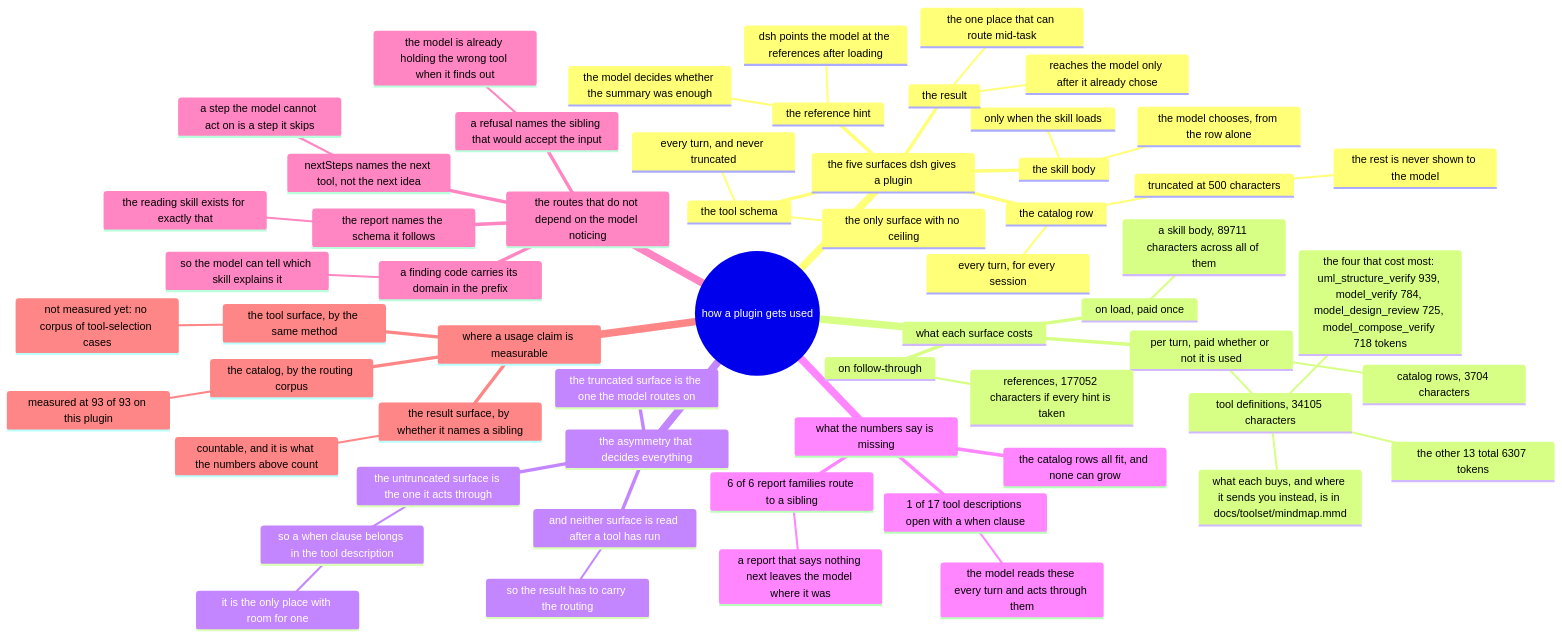
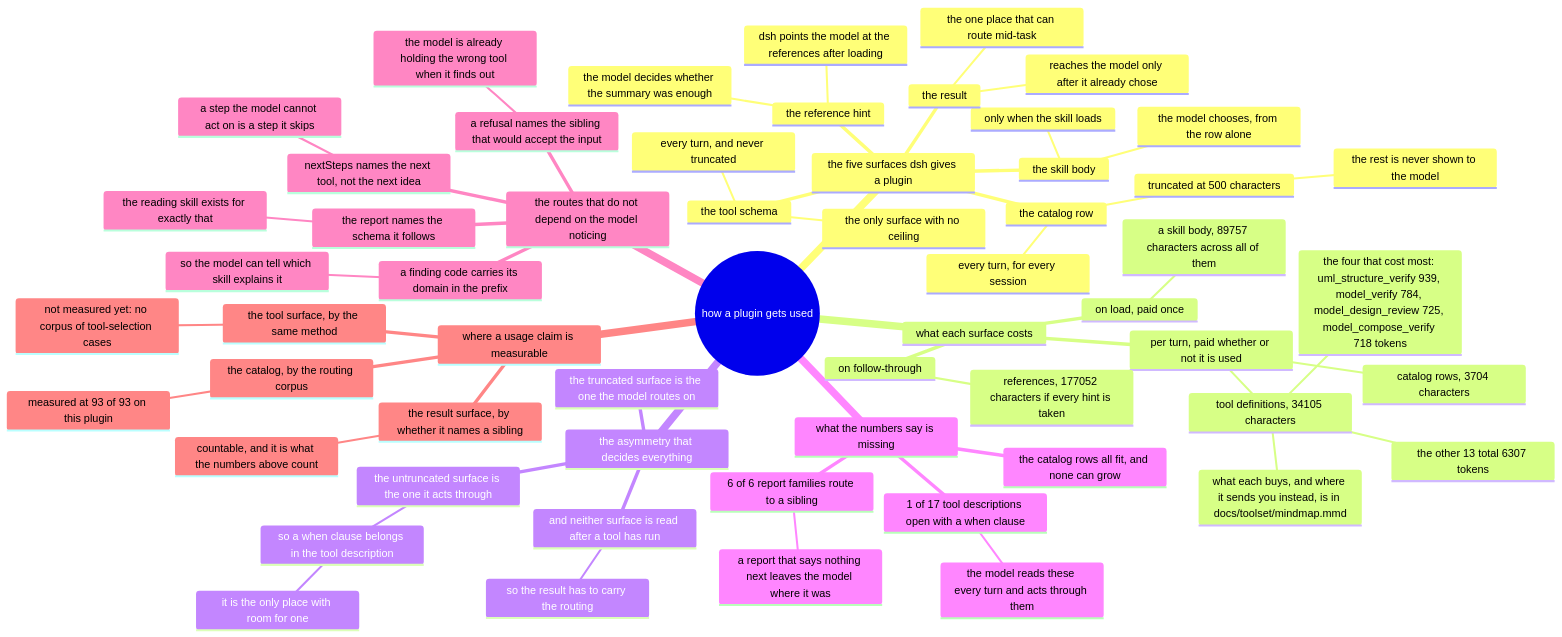
One commit to AmethystLuna/dsh-model-everything changed the diagram in docs/usage/mindmap.mmd. Above: the diagram before and after it, drawn with Mermaid. The commit also changed 17 other files, not shown here.

```diff
--- a/docs/usage/mindmap.mmd
+++ b/docs/usage/mindmap.mmd
@@ -1,59 +1,59 @@
 mindmap
 root((how a plugin gets used))
   the five surfaces dsh gives a plugin
     the catalog row
       every turn, for every session
       truncated at 500 characters
         the rest is never shown to the model
     the skill body
       only when the skill loads
       the model chooses, from the row alone
     the reference hint
       dsh points the model at the references after loading
       the model decides whether the summary was enough
     the tool schema
       every turn, and never truncated
       the only surface with no ceiling
     the result
       reaches the model only after it already chose
       the one place that can route mid-task
   what each surface costs
     per turn, paid whether or not it is used
       catalog rows, 3704 characters
       tool definitions, 34105 characters
         the four that cost most: uml_structure_verify 939, model_verify 784, model_design_review 725, model_compose_verify 718 tokens
         the other 13 total 6307 tokens
         what each buys, and where it sends you instead, is in docs/toolset/mindmap.mmd
     on load, paid once
-      a skill body, 89711 characters across all of them
+      a skill body, 89757 characters across all of them
     on follow-through
       references, 177052 characters if every hint is taken
   the asymmetry that decides everything
     the truncated surface is the one the model routes on
     the untruncated surface is the one it acts through
       so a when clause belongs in the tool description
         it is the only place with room for one
     and neither surface is read after a tool has run
       so the result has to carry the routing
   what the numbers say is missing
     1 of 17 tool descriptions open with a when clause
       the model reads these every turn and acts through them
     6 of 6 report families route to a sibling
       a report that says nothing next leaves the model where it was
     the catalog rows all fit, and none can grow
   the routes that do not depend on the model noticing
     a refusal names the sibling that would accept the input
       the model is already holding the wrong tool when it finds out
     nextSteps names the next tool, not the next idea
       a step the model cannot act on is a step it skips
     a finding code carries its domain in the prefix
       so the model can tell which skill explains it
     the report names the schema it follows
       the reading skill exists for exactly that
   where a usage claim is measurable
     the catalog, by the routing corpus
       measured at 93 of 93 on this plugin
     the tool surface, by the same method
       not measured yet: no corpus of tool-selection cases
     the result surface, by whether it names a sibling
       countable, and it is what the numbers above count
```
